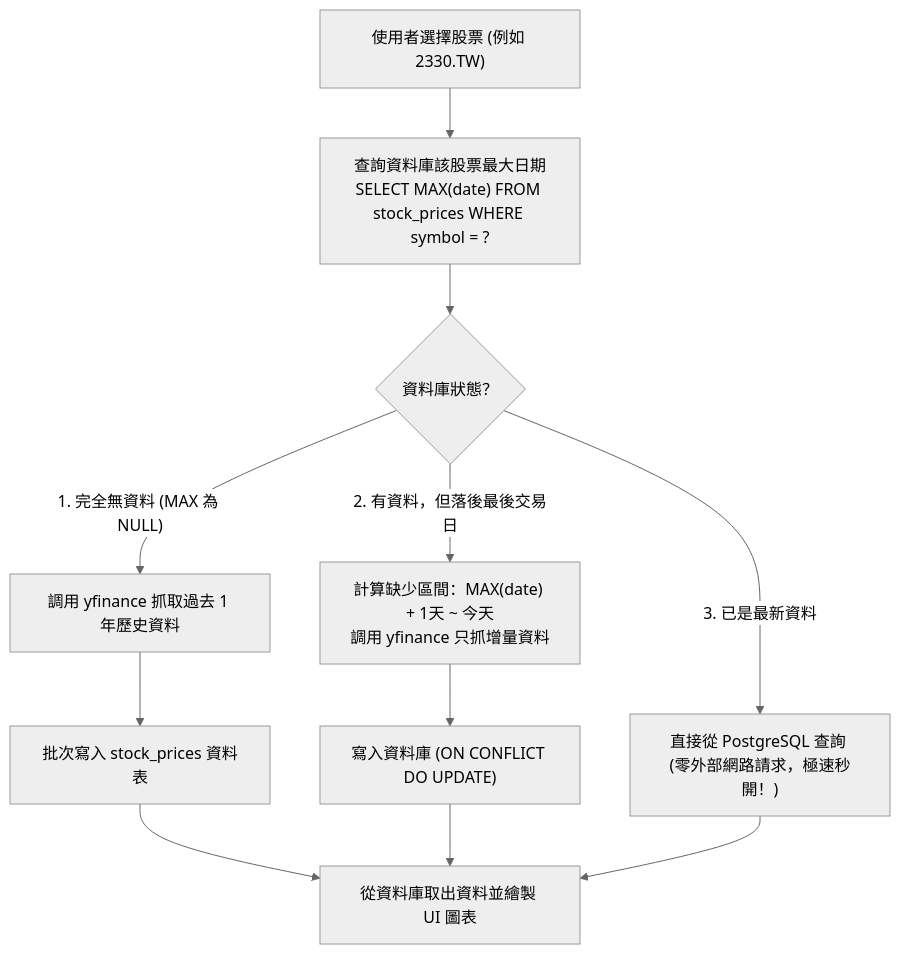
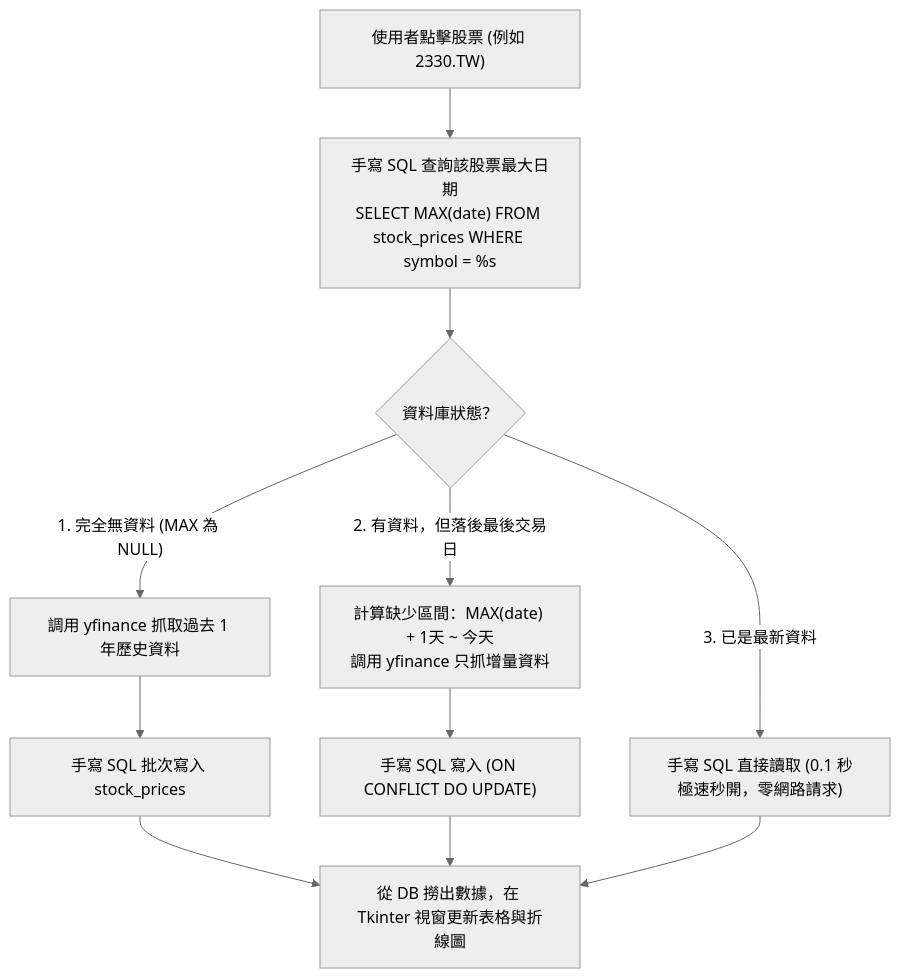
The diagram in app_projects/project1_stock_market/PRD.md (roberthsu2003/postgreSQL_MCP), drawn with Mermaid (neutral theme) before and after one commit. The commit also changed other lines of this file and 18 other files, not shown here.

````diff
--- a/app_projects/project1_stock_market/PRD.md
+++ b/app_projects/project1_stock_market/PRD.md
@@ -24,16 +25,16 @@
 ```mermaid
 flowchart TD
-    Start["使用者選擇股票 (例如 2330.TW)"] --> CheckDB["查詢資料庫該股票最大日期<br>SELECT MAX(date) FROM stock_prices WHERE symbol = ?"]
+    Start["使用者點擊股票 (例如 2330.TW)"] --> CheckDB["手寫 SQL 查詢該股票最大日期<br>SELECT MAX(date) FROM stock_prices WHERE symbol = %s"]
     CheckDB --> Decision{"資料庫狀態？"}
     
     Decision -- "1. 完全無資料 (MAX 為 NULL)" --> FetchAll["調用 yfinance 抓取過去 1 年歷史資料"]
-    FetchAll --> InsertDB["批次寫入 stock_prices 資料表"]
-    InsertDB --> RenderUI["從資料庫取出資料並繪製 UI 圖表"]
+    FetchAll --> InsertDB["手寫 SQL 批次寫入 stock_prices"]
+    InsertDB --> RenderUI["從 DB 撈出數據，在 Tkinter 視窗更新表格與折線圖"]
     
     Decision -- "2. 有資料，但落後最後交易日" --> FetchIncremental["計算缺少區間：MAX(date) + 1天 ~ 今天<br>調用 yfinance 只抓增量資料"]
-    FetchIncremental --> UpsertDB["寫入資料庫 (ON CONFLICT DO UPDATE)"]
+    FetchIncremental --> UpsertDB["手寫 SQL 寫入 (ON CONFLICT DO UPDATE)"]
     UpsertDB --> RenderUI
     
-    Decision -- "3. 已是最新資料" --> ReadDB["直接從 PostgreSQL 查詢 (零外部網路請求，極速秒開！)"]
+    Decision -- "3. 已是最新資料" --> ReadDB["手寫 SQL 直接讀取 (0.1 秒極速秒開，零網路請求)"]
     ReadDB --> RenderUI
 ```
````
